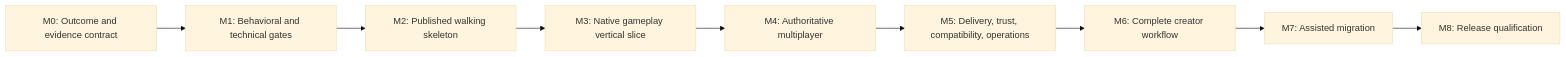
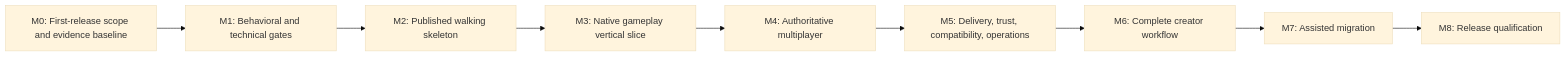
The diagram in docs/status/development-plan.md (Veritable-Calamity/Robusta), drawn with Mermaid (base theme) before and after one commit. The commit also changed other lines of this file and 27 other files, not shown here.

Commit message:
Describe product and evidence contracts by outcome

````diff
--- a/docs/status/development-plan.md
+++ b/docs/status/development-plan.md
@@ -56,11 +56,11 @@
 ```mermaid
 flowchart LR
-    M0["M0: Outcome and evidence contract"] --> M1["M1: Behavioral and technical gates"]
+    M0["M0: First-release scope and evidence baseline"] --> M1["M1: Behavioral and technical gates"]
     M1 --> M2["M2: Published walking skeleton"]
     M2 --> M3["M3: Native gameplay vertical slice"]
     M3 --> M4["M4: Authoritative multiplayer"]
     M4 --> M5["M5: Delivery, trust, compatibility, operations"]
     M5 --> M6["M6: Complete creator workflow"]
     M6 --> M7["M7: Assisted migration"]
     M7 --> M8["M8: Release qualification"]
 ```
````
